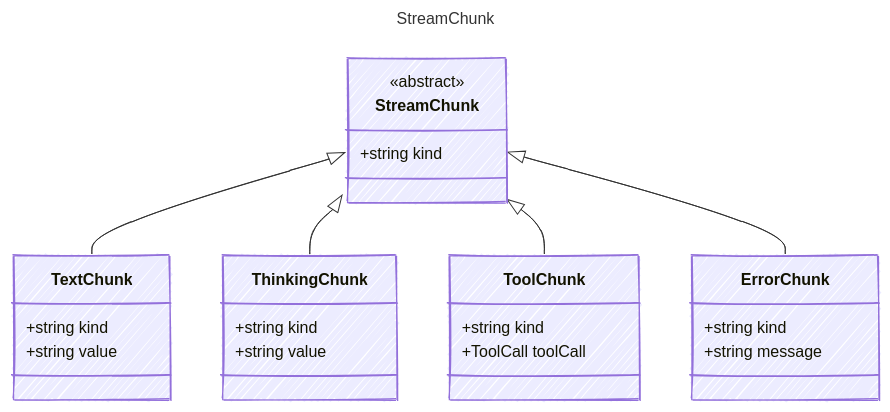
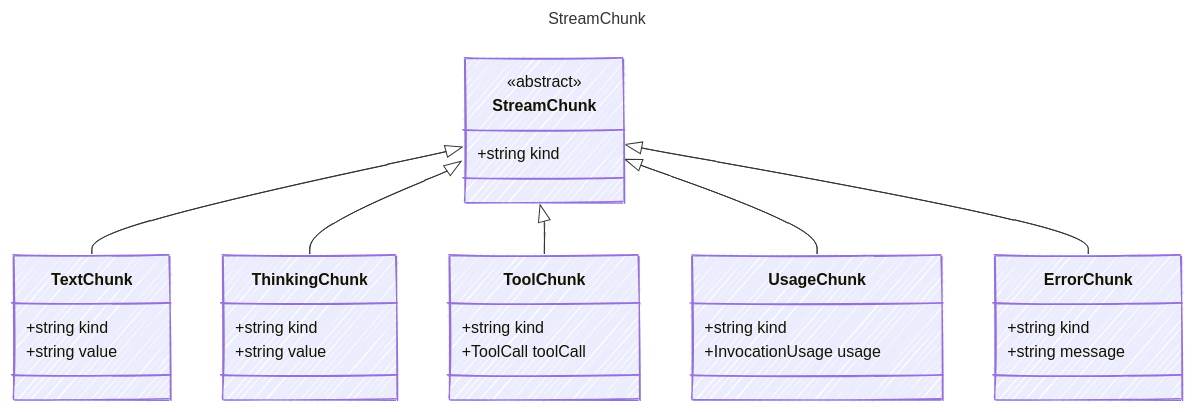
The diagram in web/src/content/docs/reference/StreamChunk.md (microsoft/prompty), drawn with Mermaid before and after one commit. The commit also changed other lines of this file and 155 other files, not shown here.

First line of the commit message:
feat(schema): add live invocation contracts

````diff
--- a/web/src/content/docs/reference/StreamChunk.md
+++ b/web/src/content/docs/reference/StreamChunk.md
@@ -13,35 +13,40 @@
 ```mermaid
 ---
 title: StreamChunk
 config:
   look: handDrawn
   theme: colorful
   class:
     hideEmptyMembersBox: true
 ---
 classDiagram
     class StreamChunk {
       <<abstract>>
         +string kind
     }
     class TextChunk {
         +string kind
         +string value
     }
     StreamChunk <|-- TextChunk
     class ThinkingChunk {
         +string kind
         +string value
     }
     StreamChunk <|-- ThinkingChunk
     class ToolChunk {
         +string kind
         +ToolCall toolCall
     }
     StreamChunk <|-- ToolChunk
+    class UsageChunk {
+        +string kind
+        +InvocationUsage usage
+    }
+    StreamChunk <|-- UsageChunk
     class ErrorChunk {
         +string kind
         +string message
     }
     StreamChunk <|-- ErrorChunk
 ```
````
